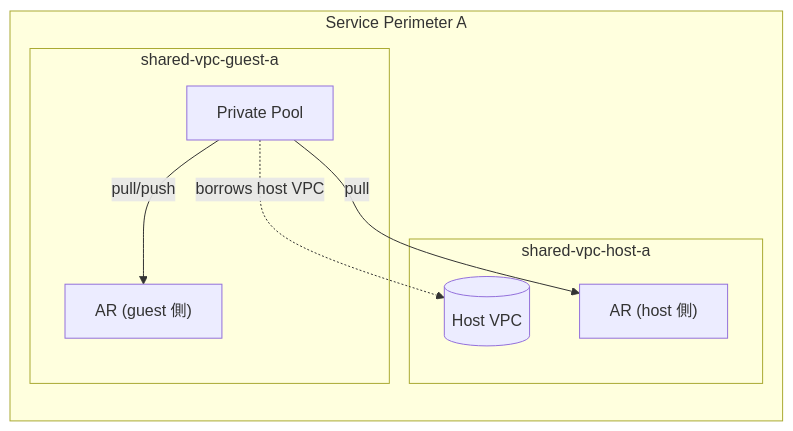
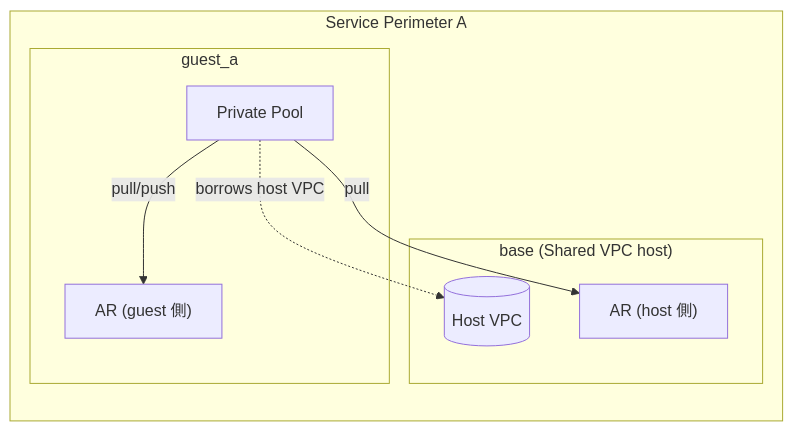
The sixth of 10 diagrams in samplecodes/cloudbuild-private-pool/README.md (katonium/articles), drawn with Mermaid before and after one commit. The commit also changed other lines of this file, not shown here.

````diff
--- a/samplecodes/cloudbuild-private-pool/README.md
+++ b/samplecodes/cloudbuild-private-pool/README.md
@@ -175,16 +171,16 @@
 ```mermaid
 flowchart LR
   subgraph PA["Service Perimeter A"]
-    subgraph Host["shared-vpc-host-a"]
+    subgraph Host["base (Shared VPC host)"]
       HostVPC[(Host VPC)]
       HostAR["AR (host 側)"]
     end
-    subgraph Guest["shared-vpc-guest-a"]
+    subgraph Guest["guest_a"]
       GPool["Private Pool"]
       GuestAR["AR (guest 側)"]
     end
   end
   GPool -.borrows host VPC.-> HostVPC
   GPool -- "pull" --> HostAR
   GPool -- "pull/push" --> GuestAR
 ```
````
